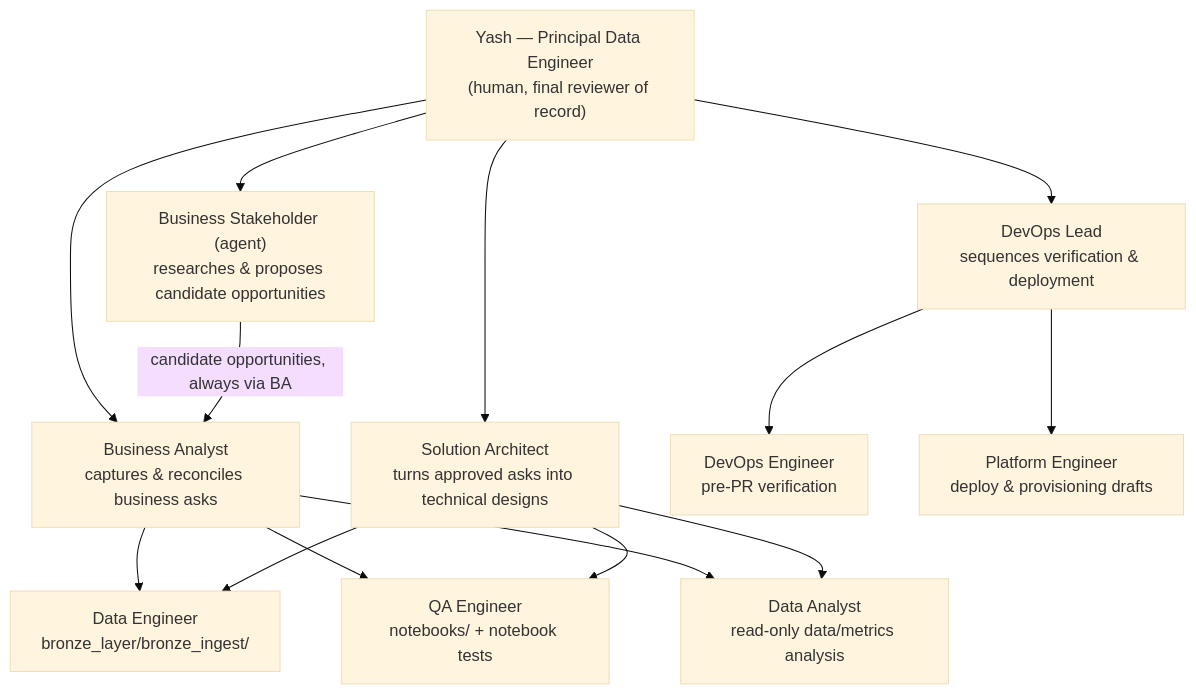
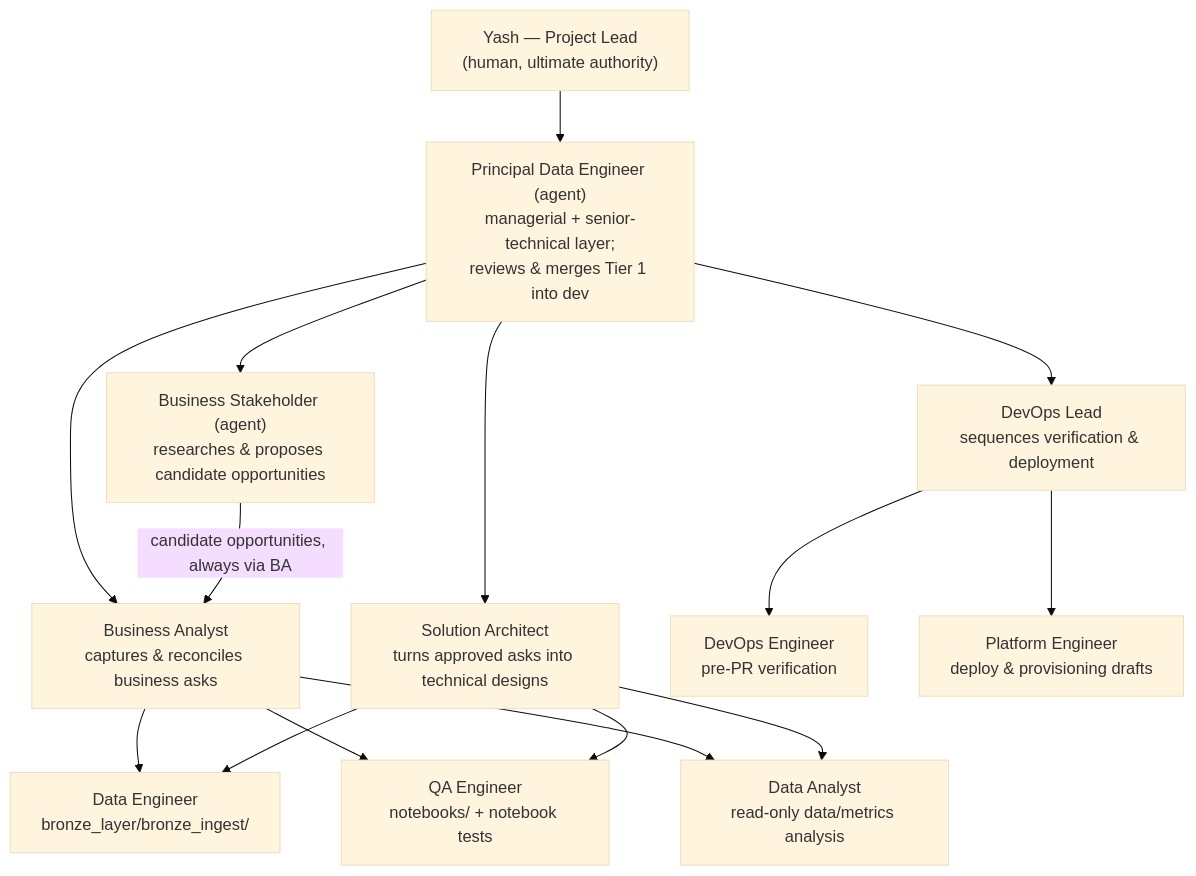
Before and after one commit to yashmhatre/Ingredion_Enhancement_Package: the diagram in docs/agent_governance.md, drawn with Mermaid (base theme). The commit also changed other lines of this file and 6 other files, not shown here.

First line of the commit message:
refactor: rename Yash's title to Project Lead, add principal-data-engineer to org chart and docs

````diff
--- a/docs/agent_governance.md
+++ b/docs/agent_governance.md
@@ -104,27 +125,29 @@
 ```mermaid
 graph TD
-    Yash["Yash — Principal Data Engineer<br/>(human, final reviewer of record)"]
+    Yash["Yash — Project Lead<br/>(human, ultimate authority)"]
+    PDE["Principal Data Engineer (agent)<br/>managerial + senior-technical layer;<br/>reviews & merges Tier 1 into dev"]
     BS["Business Stakeholder (agent)<br/>researches & proposes candidate opportunities"]
     BA["Business Analyst<br/>captures & reconciles business asks"]
     SA["Solution Architect<br/>turns approved asks into technical designs"]
     DL["DevOps Lead<br/>sequences verification & deployment"]
     DE["Data Engineer<br/>bronze_layer/bronze_ingest/"]
     QA["QA Engineer<br/>notebooks/ + notebook tests"]
     DA["Data Analyst<br/>read-only data/metrics analysis"]
     DVE["DevOps Engineer<br/>pre-PR verification"]
     PE["Platform Engineer<br/>deploy & provisioning drafts"]
 
-    Yash --> BS
-    Yash --> BA
-    Yash --> SA
-    Yash --> DL
+    Yash --> PDE
+    PDE --> BS
+    PDE --> BA
+    PDE --> SA
+    PDE --> DL
     BS -->|candidate opportunities, always via BA| BA
     BA --> DE
     BA --> QA
     BA --> DA
     SA --> DE
     SA --> QA
     SA --> DA
     DL --> DVE
     DL --> PE
 ```
````
